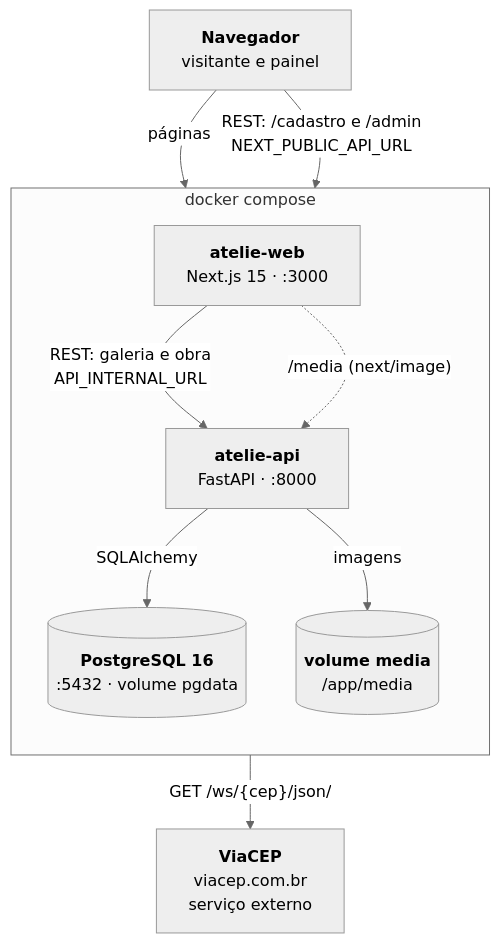
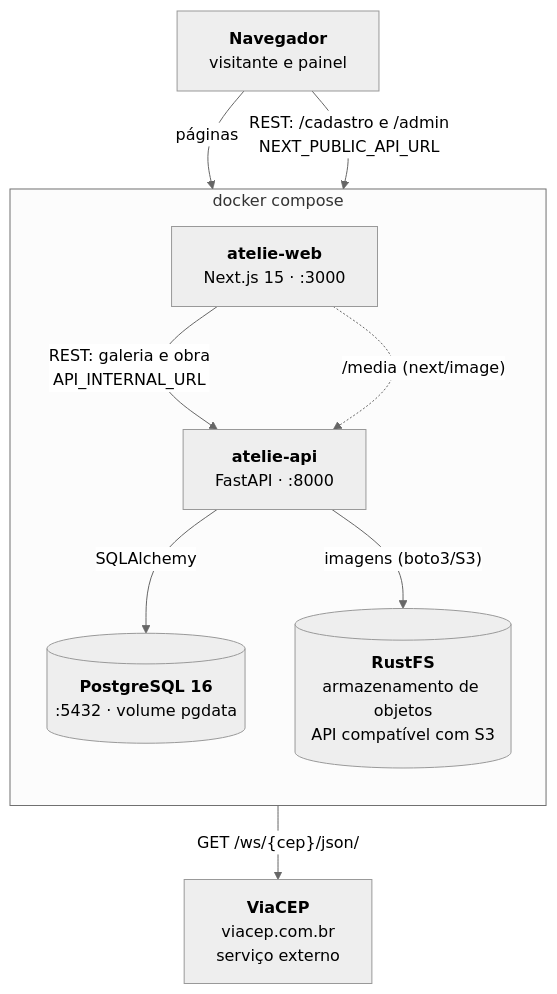
One commit to ttozatto/atelie-web changed the diagram in README.md. Above: the diagram before and after it, drawn with Mermaid. The commit also changed other lines of this file, not shown here.

Commit message:
chore: README com o diagrama sincronizado e o acesso ao painel por login
- o diagrama embutido no README ainda era o anterior ao armazenamento de
  objetos; agora e copia do docs/arquitetura.mmd
- tabela de enderecos e contagem de servicos atualizadas

````diff
--- a/README.md
+++ b/README.md
@@ -15,23 +15,23 @@
 ```mermaid
 %%{init: {"theme": "neutral", "flowchart": {"curve": "basis", "padding": 16}}}%%
 flowchart TB
     browser["<b>Navegador</b><br/>visitante e painel"]
 
     subgraph compose["docker compose"]
         direction TB
         web["<b>atelie-web</b><br/>Next.js 15 · :3000"]
         api["<b>atelie-api</b><br/>FastAPI · :8000"]
         db[("<b>PostgreSQL 16</b><br/>:5432 · volume pgdata")]
-        media[("<b>volume media</b><br/>/app/media")]
+        storage[("<b>RustFS</b><br/>armazenamento de objetos<br/>API compatível com S3")]
     end
 
     viacep["<b>ViaCEP</b><br/>viacep.com.br<br/>serviço externo"]
 
     browser -- "páginas" --> web
     browser -- "REST: /cadastro e /admin<br/>NEXT_PUBLIC_API_URL" --> api
     web -- "REST: galeria e obra<br/>API_INTERNAL_URL" --> api
     web -. "/media (next/image)" .-> api
     api -- "SQLAlchemy" --> db
-    api -- "imagens" --> media
+    api -- "imagens (boto3/S3)" --> storage
     api -- "GET /ws/{cep}/json/" --> viacep
 ```
````
